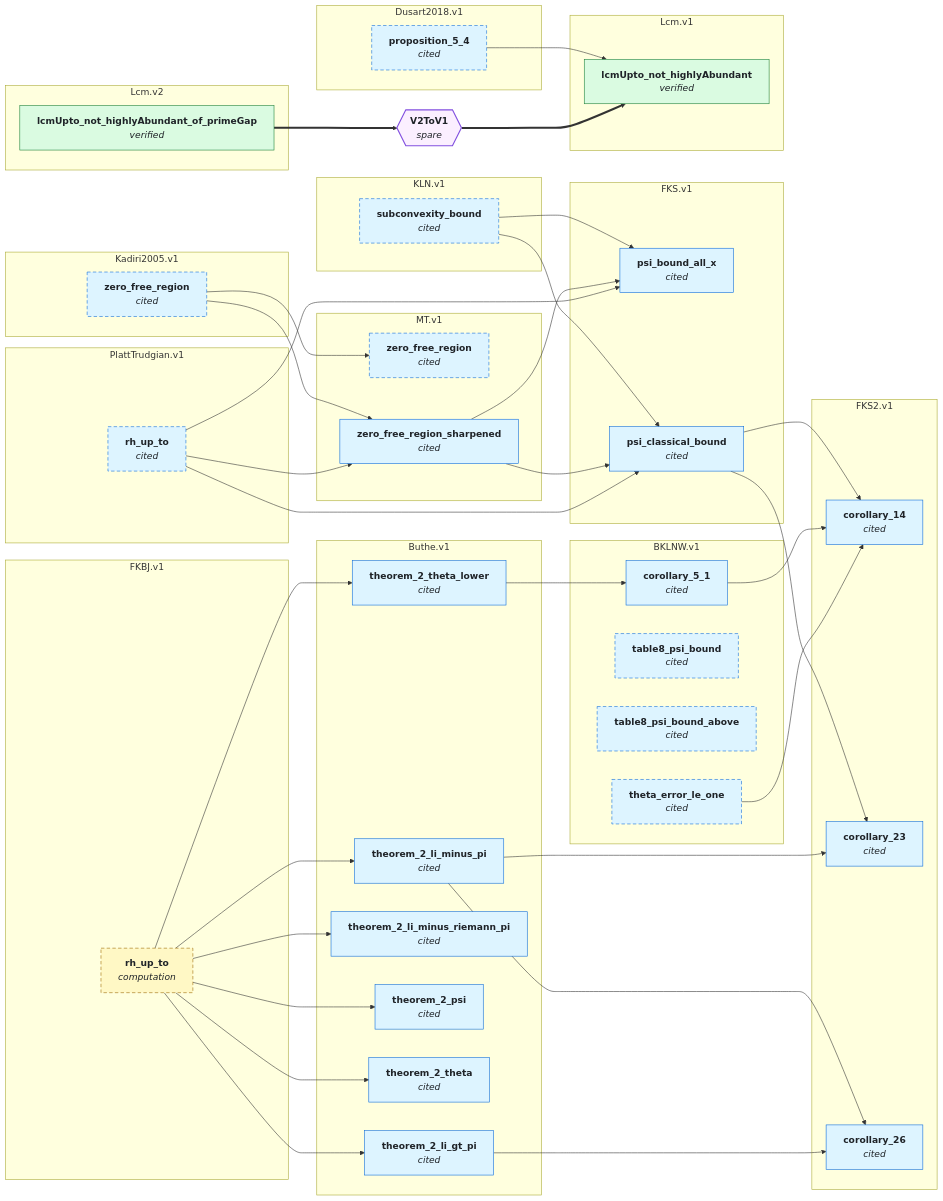
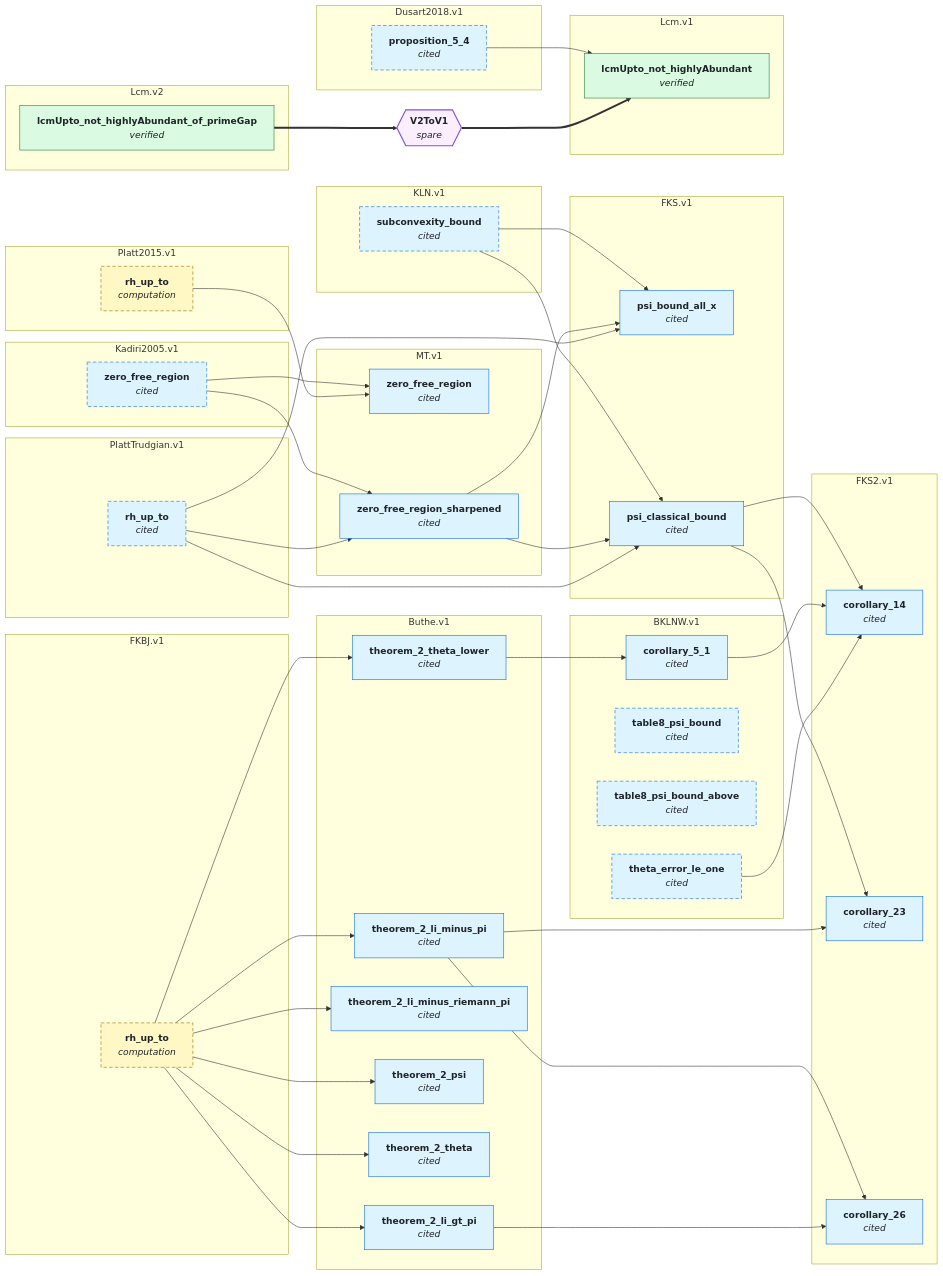
Before and after one commit to teorth/IEANTN: the second of 2 diagrams in GRAPH.md, drawn with Mermaid. The commit also changed other lines of this file and 13 other files, not shown here.

````diff
--- a/GRAPH.md
+++ b/GRAPH.md
@@ -146,6 +149,9 @@
     MT_v1_zero_free_region["<b>zero_free_region</b><br/><i>cited</i>"]
     MT_v1_zero_free_region_sharpened["<b>zero_free_region_sharpened</b><br/><i>cited</i>"]
   end
+  subgraph sgPlatt2015_v1["Platt2015.v1"]
+    Platt2015_v1_rh_up_to["<b>rh_up_to</b><br/><i>computation</i>"]
+  end
   subgraph sgPlattTrudgian_v1["PlattTrudgian.v1"]
     PlattTrudgian_v1_rh_up_to["<b>rh_up_to</b><br/><i>cited</i>"]
   end
@@ -171,6 +177,7 @@
   Buthe_v1_theorem_2_li_gt_pi --> FKS2_v1_corollary_26
   Dusart2018_v1_proposition_5_4 --> Lcm_v1_lcmUpto_not_highlyAbundant
   Kadiri2005_v1_zero_free_region --> MT_v1_zero_free_region
+  Platt2015_v1_rh_up_to --> MT_v1_zero_free_region
   Kadiri2005_v1_zero_free_region --> MT_v1_zero_free_region_sharpened
   PlattTrudgian_v1_rh_up_to --> MT_v1_zero_free_region_sharpened
   BRLcm_v1_lcmUpto_not_highlyAbundant__bridge_from_v2{{"<b>V2ToV1</b><br/><i>spare</i>"}}
@@ -183,7 +190,7 @@
   style FKBJ_v1_rh_up_to stroke-dasharray: 6 4;
   style KLN_v1_subconvexity_bound stroke-dasharray: 6 4;
   style Kadiri2005_v1_zero_free_region stroke-dasharray: 6 4;
-  style MT_v1_zero_free_region stroke-dasharray: 6 4;
+  style Platt2015_v1_rh_up_to stroke-dasharray: 6 4;
   style PlattTrudgian_v1_rh_up_to stroke-dasharray: 6 4;
   classDef lean_comparator fill:#dafbe1,stroke:#1a7f37,color:#1f2328;
   classDef numerical fill:#fff8c5,stroke:#9a6700,color:#1f2328;
@@ -195,7 +202,7 @@
   class BRLcm_v1_lcmUpto_not_highlyAbundant__bridge_from_v2 bridge;
   class Lcm_v1_lcmUpto_not_highlyAbundant,Lcm_v2_lcmUpto_not_highlyAbundant_of_primeGap lean_comparator;
   class BKLNW_v1_corollary_5_1,BKLNW_v1_table8_psi_bound,BKLNW_v1_table8_psi_bound_above,BKLNW_v1_theta_error_le_one,Buthe_v1_theorem_2_li_gt_pi,Buthe_v1_theorem_2_li_minus_pi,Buthe_v1_theorem_2_li_minus_riemann_pi,Buthe_v1_theorem_2_psi,Buthe_v1_theorem_2_theta,Buthe_v1_theorem_2_theta_lower,Dusart2018_v1_proposition_5_4,FKS_v1_psi_bound_all_x,FKS_v1_psi_classical_bound,FKS2_v1_corollary_14,FKS2_v1_corollary_23,FKS2_v1_corollary_26,KLN_v1_subconvexity_bound,Kadiri2005_v1_zero_free_region,MT_v1_zero_free_region,MT_v1_zero_free_region_sharpened,PlattTrudgian_v1_rh_up_to literature;
-  class FKBJ_v1_rh_up_to numerical;
+  class FKBJ_v1_rh_up_to,Platt2015_v1_rh_up_to numerical;
   click BKLNW_v1_corollary_5_1 href "https://github.com/teorth/IEANTN/blob/main/IEANTN/Nodes/BKLNW/v1/Conclusions.lean#L63" _blank
   click BKLNW_v1_table8_psi_bound href "https://github.com/teorth/IEANTN/blob/main/IEANTN/Nodes/BKLNW/v1/Conclusions.lean#L78" _blank
   click BKLNW_v1_table8_psi_bound_above href "https://github.com/teorth/IEANTN/blob/main/IEANTN/Nodes/BKLNW/v1/Conclusions.lean#L94" _blank
@@ -214,10 +221,11 @@
   click FKS2_v1_corollary_23 href "https://github.com/teorth/IEANTN/blob/main/IEANTN/Nodes/FKS2/v1/Conclusions.lean#L78" _blank
   click FKS2_v1_corollary_26 href "https://github.com/teorth/IEANTN/blob/main/IEANTN/Nodes/FKS2/v1/Conclusions.lean#L91" _blank
   click KLN_v1_subconvexity_bound href "https://github.com/teorth/IEANTN/blob/main/IEANTN/Nodes/KLN/v1/Conclusions.lean#L65" _blank
-  click Kadiri2005_v1_zero_free_region href "https://github.com/teorth/IEANTN/blob/main/IEANTN/Nodes/Kadiri2005/v1/Conclusions.lean#L42" _blank
+  click Kadiri2005_v1_zero_free_region href "https://github.com/teorth/IEANTN/blob/main/IEANTN/Nodes/Kadiri2005/v1/Conclusions.lean#L39" _blank
   click Lcm_v1_lcmUpto_not_highlyAbundant href "https://github.com/teorth/IEANTN/blob/main/IEANTN/Nodes/Lcm/v1/Conclusions.lean#L42" _blank
   click Lcm_v2_lcmUpto_not_highlyAbundant_of_primeGap href "https://github.com/teorth/IEANTN/blob/main/IEANTN/Nodes/Lcm/v2/Conclusions.lean#L71" _blank
-  click MT_v1_zero_free_region href "https://github.com/teorth/IEANTN/blob/main/IEANTN/Nodes/MT/v1/Conclusions.lean#L33" _blank
-  click MT_v1_zero_free_region_sharpened href "https://github.com/teorth/IEANTN/blob/main/IEANTN/Nodes/MT/v1/Conclusions.lean#L48" _blank
+  click MT_v1_zero_free_region href "https://github.com/teorth/IEANTN/blob/main/IEANTN/Nodes/MT/v1/Conclusions.lean#L39" _blank
+  click MT_v1_zero_free_region_sharpened href "https://github.com/teorth/IEANTN/blob/main/IEANTN/Nodes/MT/v1/Conclusions.lean#L57" _blank
+  click Platt2015_v1_rh_up_to href "https://github.com/teorth/IEANTN/blob/main/IEANTN/Nodes/Platt2015/v1/Conclusions.lean#L33" _blank
   click PlattTrudgian_v1_rh_up_to href "https://github.com/teorth/IEANTN/blob/main/IEANTN/Nodes/PlattTrudgian/v1/Conclusions.lean#L35" _blank
 ```
````
